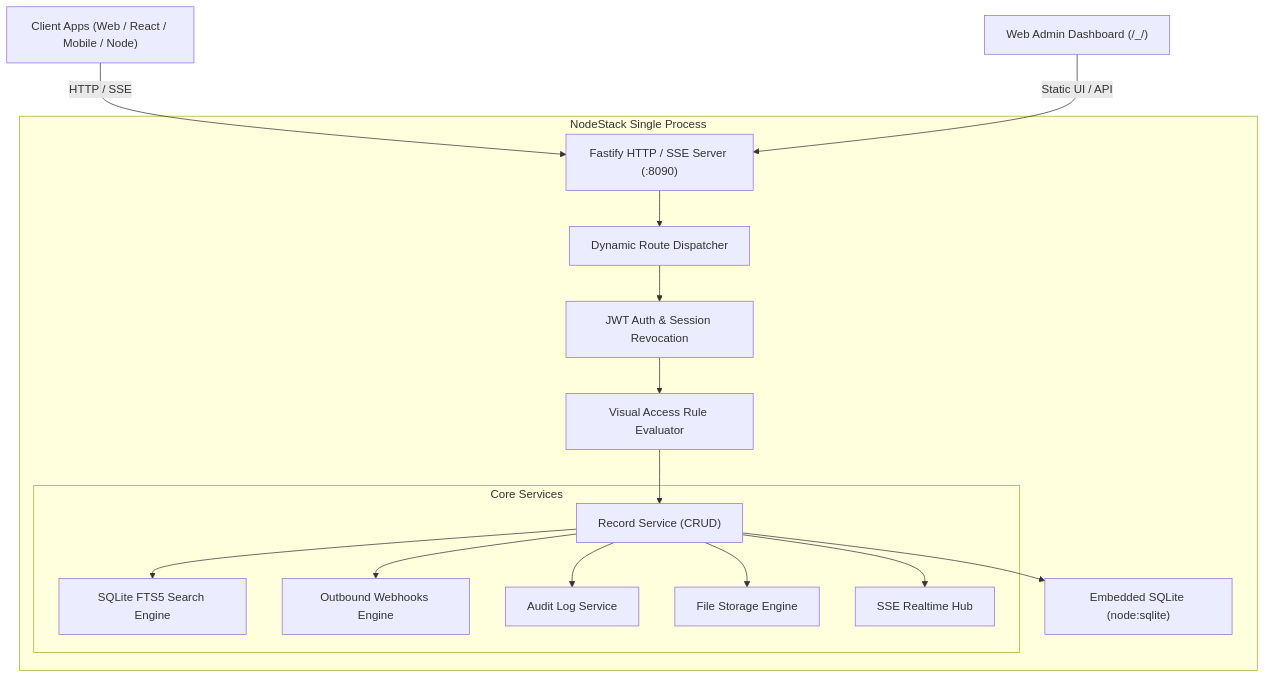
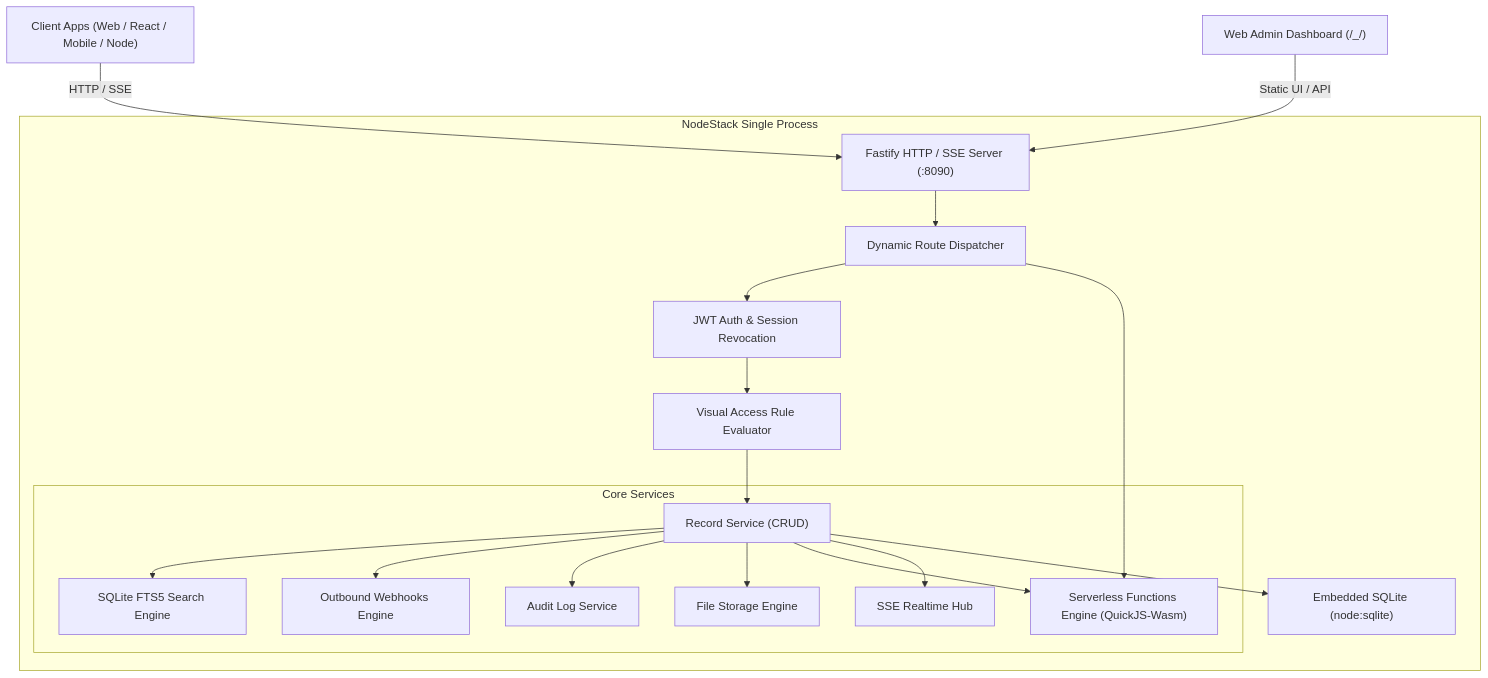
Before and after one commit to satya-jugran/nodestack: the diagram in docs/docs/getting-started/overview.md, drawn with Mermaid. The commit also changed other lines of this file and 25 other files, not shown here.

````diff
--- a/docs/docs/getting-started/overview.md
+++ b/docs/docs/getting-started/overview.md
@@ -44,36 +45,39 @@
 ```mermaid
 graph TD
     Client["Client Apps (Web / React / Mobile / Node)"]
     Admin["Web Admin Dashboard (/_/)"]
     
     subgraph NodeStack Single Process
         Fastify["Fastify HTTP / SSE Server (:8090)"]
         Router["Dynamic Route Dispatcher"]
         AuthMiddleware["JWT Auth & Session Revocation"]
         RuleEngine["Visual Access Rule Evaluator"]
         
         subgraph Core Services
             RecordService["Record Service (CRUD)"]
             FTSService["SQLite FTS5 Search Engine"]
             WebhookService["Outbound Webhooks Engine"]
             AuditService["Audit Log Service"]
             StorageService["File Storage Engine"]
+            FunctionService["Serverless Functions Engine (QuickJS-Wasm)"]
             RealtimeHub["SSE Realtime Hub"]
         end
 
         SqliteDriver["Embedded SQLite (node:sqlite)"]
     end
 
     Client -->|HTTP / SSE| Fastify
     Admin -->|Static UI / API| Fastify
     Fastify --> Router
     Router --> AuthMiddleware
     AuthMiddleware --> RuleEngine
     RuleEngine --> RecordService
     RecordService --> FTSService
     RecordService --> WebhookService
     RecordService --> AuditService
     RecordService --> StorageService
+    Router --> FunctionService
+    RecordService --> FunctionService
     RecordService --> RealtimeHub
     RecordService --> SqliteDriver
 ```
````
